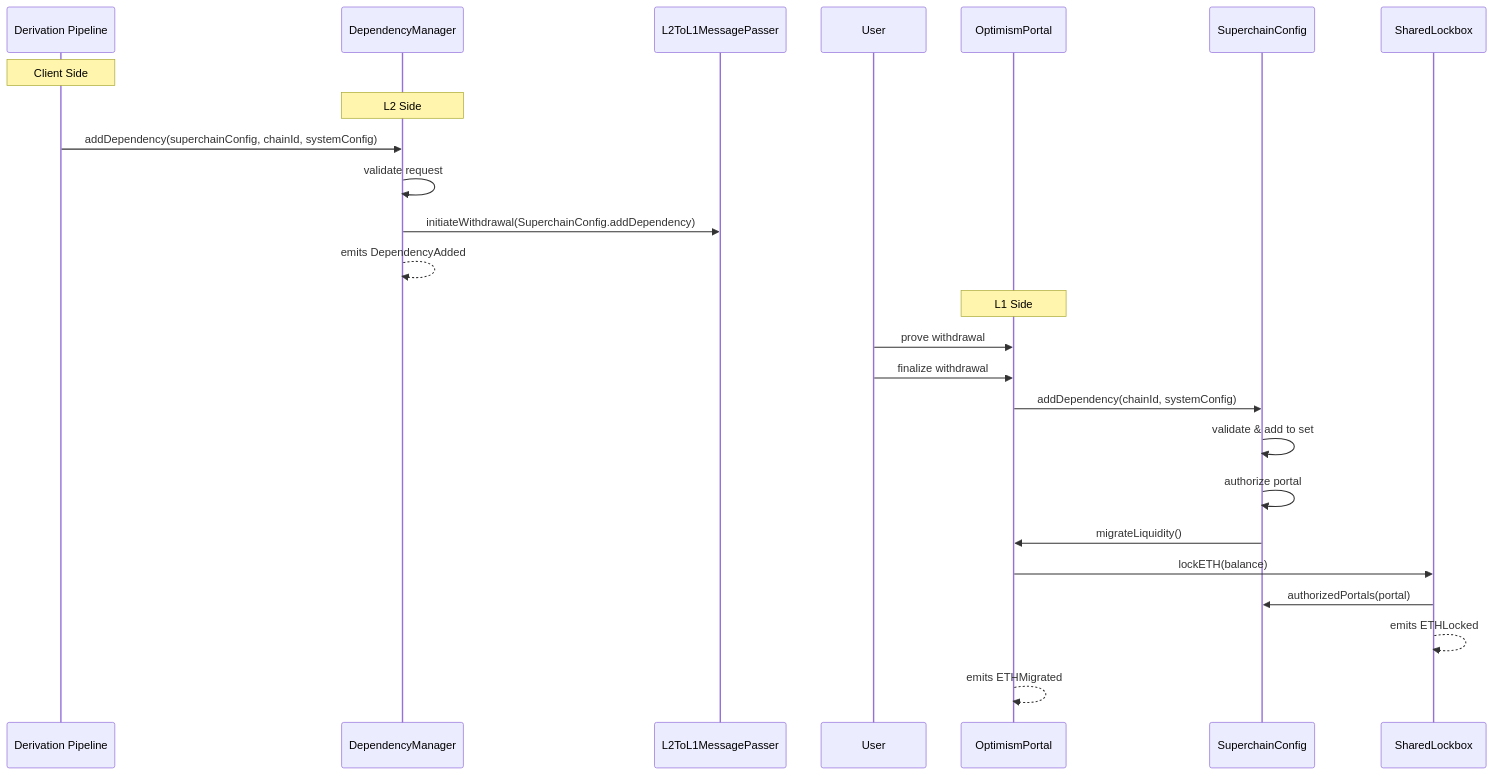
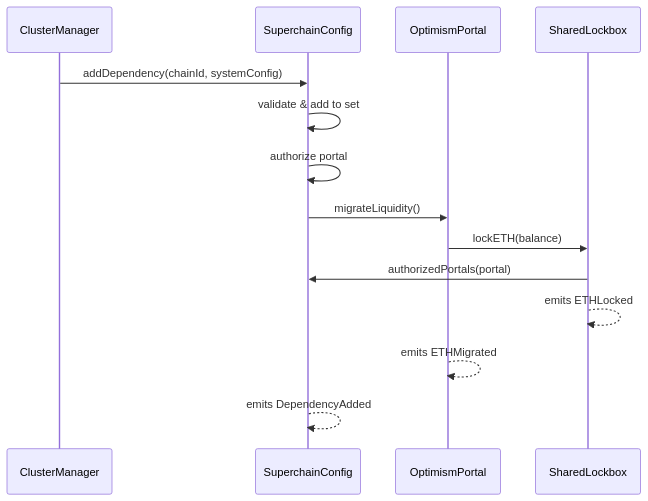
The diagram in specs/interop/shared-lockbox-upgrade.md (ethereum-optimism/specs), drawn with Mermaid before and after one commit. The commit also changed other lines of this file and 4 other files, not shown here.

Commit message:
fix: dependency manager descope (#22)

````diff
--- a/specs/interop/shared-lockbox-upgrade.md
+++ b/specs/interop/shared-lockbox-upgrade.md
@@ -89,29 +63,17 @@
 ```mermaid
 sequenceDiagram
-    participant Pipeline as Derivation Pipeline
-    participant DM as DependencyManager
-    participant L2MP as L2ToL1MessagePasser
-    participant User
+    participant ClusterManager
+    participant Config as SuperchainConfig
     participant Portal as OptimismPortal
-    participant Config as SuperchainConfig
     participant Lockbox as SharedLockbox
 
-    Note over Pipeline: Client Side
-    Note over DM: L2 Side
-    Pipeline->>DM: addDependency(superchainConfig, chainId, systemConfig)
-    DM->>DM: validate request
-    DM->>L2MP: initiateWithdrawal(SuperchainConfig.addDependency)
-    DM-->>DM: emits DependencyAdded
-
-    Note over Portal: L1 Side
-    User->>Portal: prove withdrawal
-    User->>Portal: finalize withdrawal
-    Portal->>Config: addDependency(chainId, systemConfig)
+    ClusterManager->>Config: addDependency(chainId, systemConfig)
     Config->>Config: validate & add to set
     Config->>Config: authorize portal
     Config->>Portal: migrateLiquidity()
     Portal->>Lockbox: lockETH(balance)
     Lockbox->>Config: authorizedPortals(portal)
     Lockbox-->>Lockbox: emits ETHLocked
     Portal-->>Portal: emits ETHMigrated
+    Config-->>Config: emits DependencyAdded
 ```
````
